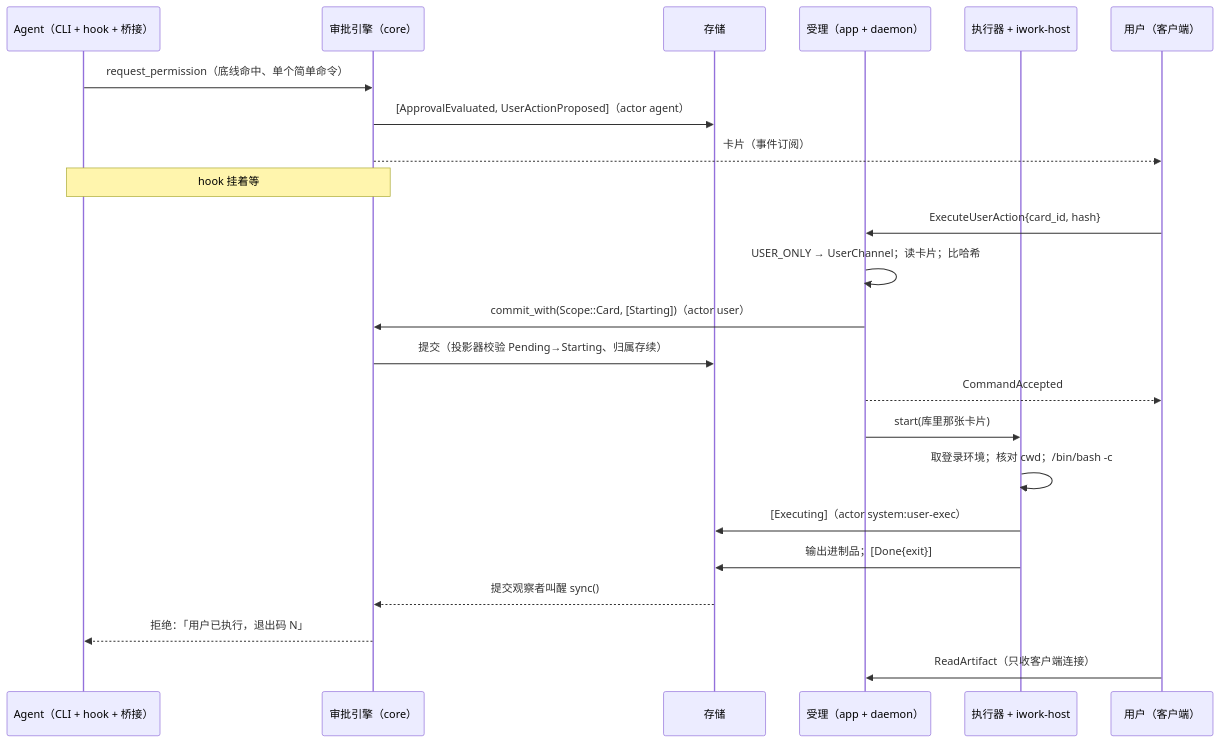
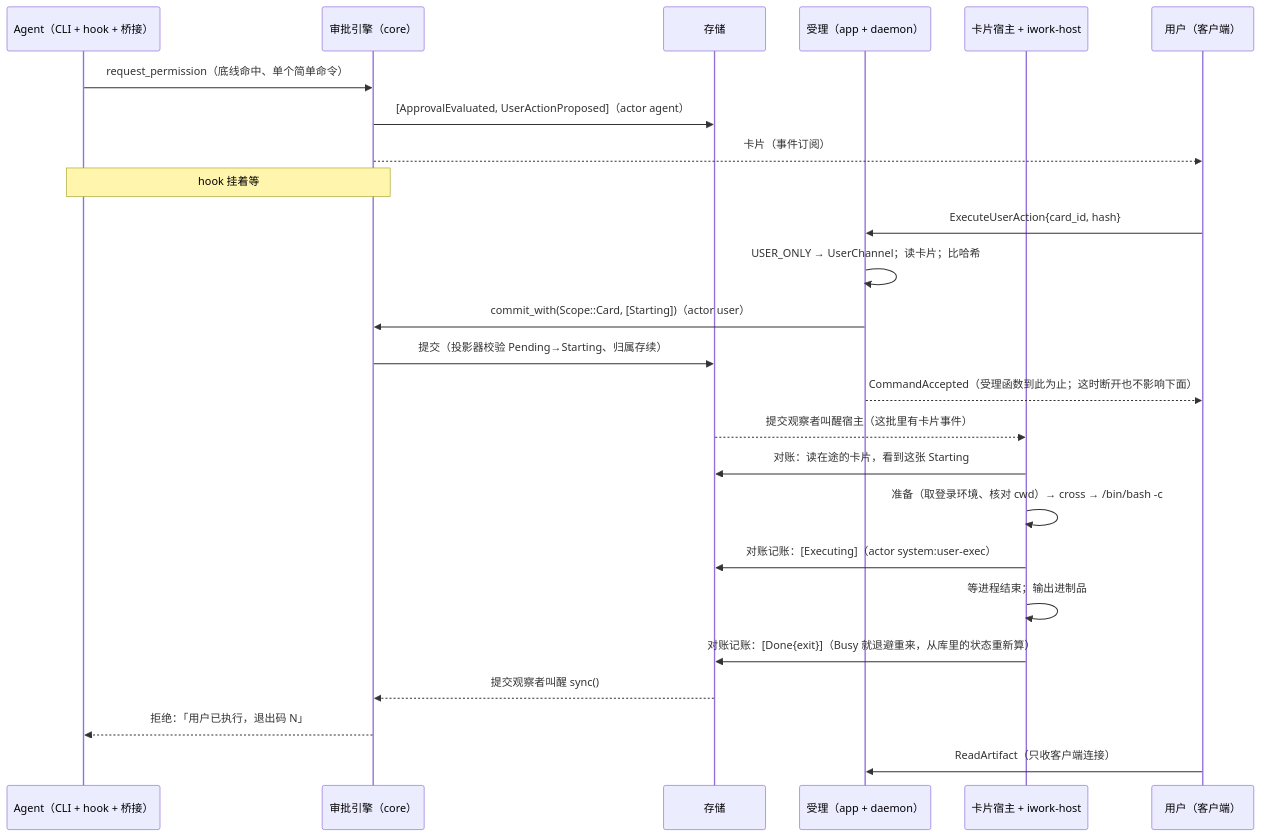
One commit to mrkizy/iWork changed the diagram in docs/plans/T10e.md. Above: the diagram before and after it, drawn with Mermaid. The commit also changed other lines of this file, not shown here.

````diff
--- a/docs/plans/T10e.md
+++ b/docs/plans/T10e.md
@@ -469,25 +570,27 @@
 ```mermaid
 sequenceDiagram
     participant A as Agent（CLI + hook + 桥接）
     participant E as 审批引擎（core）
     participant S as 存储
     participant H as 受理（app + daemon）
-    participant X as 执行器 + iwork-host
+    participant X as 卡片宿主 + iwork-host
     participant U as 用户（客户端）
     A->>E: request_permission（底线命中、单个简单命令）
     E->>S: [ApprovalEvaluated, UserActionProposed]（actor agent）
     E-->>U: 卡片（事件订阅）
     Note over A,E: hook 挂着等
     U->>H: ExecuteUserAction{card_id, hash}
     H->>H: USER_ONLY → UserChannel；读卡片；比哈希
     H->>E: commit_with(Scope::Card, [Starting])（actor user）
     E->>S: 提交（投影器校验 Pending→Starting、归属存续）
-    H-->>U: CommandAccepted
-    H->>X: start(库里那张卡片)
-    X->>X: 取登录环境；核对 cwd；/bin/bash -c
-    X->>S: [Executing]（actor system:user-exec）
-    X->>S: 输出进制品；[Done{exit}]
+    H-->>U: CommandAccepted（受理函数到此为止；这时断开也不影响下面）
+    S-->>X: 提交观察者叫醒宿主（这批里有卡片事件）
+    X->>S: 对账：读在途的卡片，看到这张 Starting
+    X->>X: 准备（取登录环境、核对 cwd）→ cross → /bin/bash -c
+    X->>S: 对账记账：[Executing]（actor system:user-exec）
+    X->>X: 等进程结束；输出进制品
+    X->>S: 对账记账：[Done{exit}]（Busy 就退避重来，从库里的状态重新算）
     S-->>E: 提交观察者叫醒 sync()
     E-->>A: 拒绝：「用户已执行，退出码 N」
     U->>H: ReadArtifact（只收客户端连接）
 ```
````
